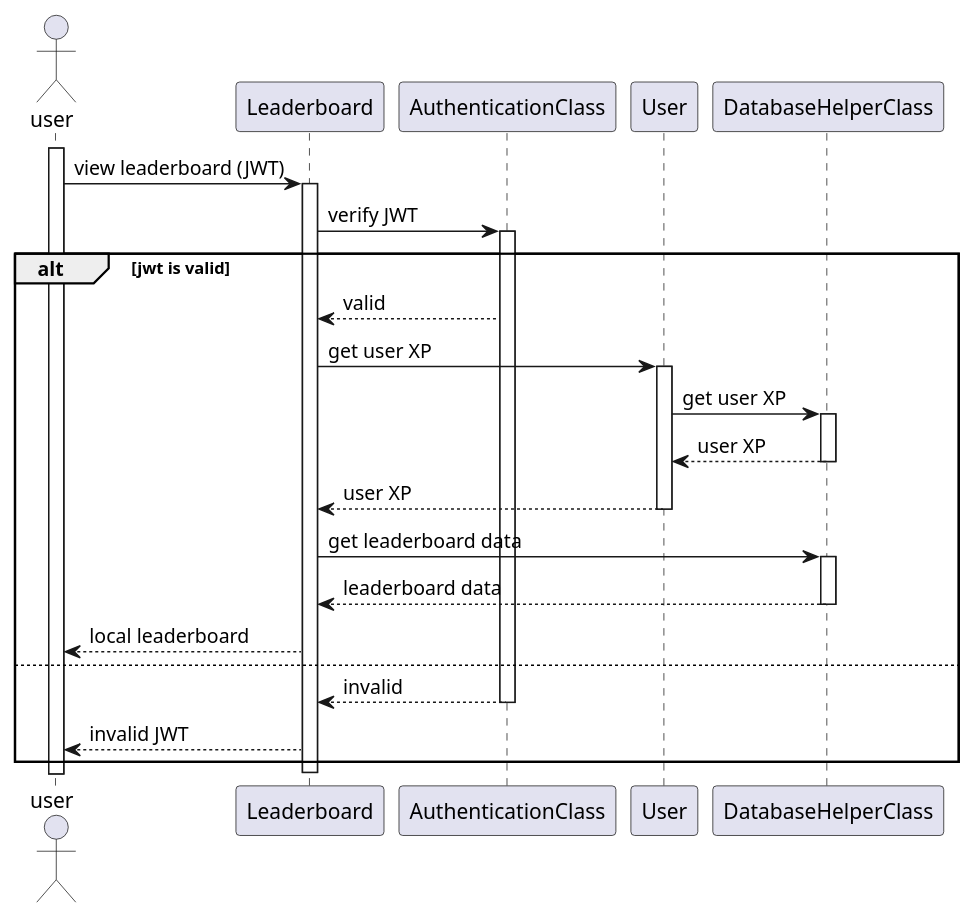
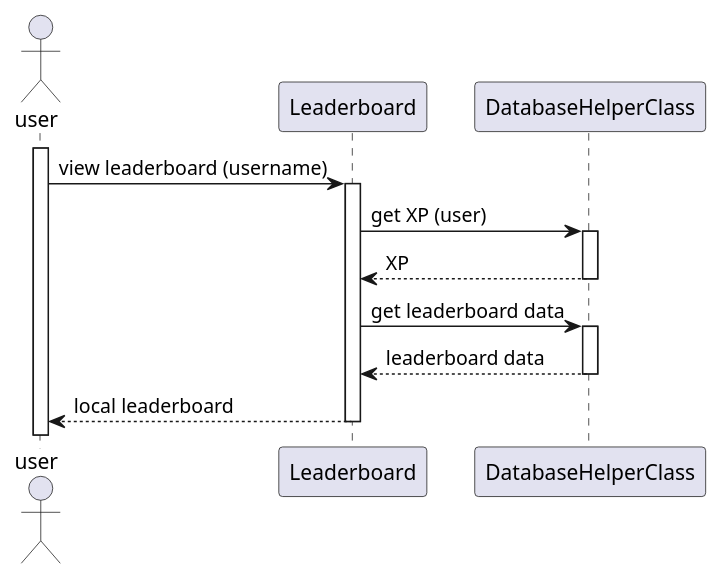
Before and after one commit to PolyPong/PolyPong: the diagram in doc/sequencediagrams/fr8.puml, drawn with PlantUML. The commit also changed other lines of this file, not shown here.

Commit message:
remove need for jwt to view leaderboard

```diff
--- a/doc/sequencediagrams/fr8.puml
+++ b/doc/sequencediagrams/fr8.puml
@@ -1,36 +36,22 @@
 @startuml
 actor user
 
 participant Leaderboard as L
-participant AuthenticationClass as A
-participant User as U
 participant DatabaseHelperClass as db
 
 activate user
-user -> L: view leaderboard (JWT)
+user -> L: view leaderboard (username)
         activate L
-                L -> A: verify JWT
-                activate A
-                        alt jwt is valid
-                                A --> L: valid
-                                L -> U: get user XP
-                                activate U
-                                        U -> db: get user XP
-                                        activate db
-                                                db --> U: user XP
+                L -> db: get XP (user)
+                activate db
+                        db --> L : XP
+                        
                                         deactivate db
-                                        U --> L: user XP
-                                deactivate U
                                 L -> db: get leaderboard data
                                 activate db
                                         db --> L: leaderboard data
                                 deactivate db
                                 L --> user: local leaderboard
-                        else
-                                A --> L: invalid
-                deactivate A
-                        L --> user: invalid JWT
-                end
 deactivate L
 
 @enduml
```
